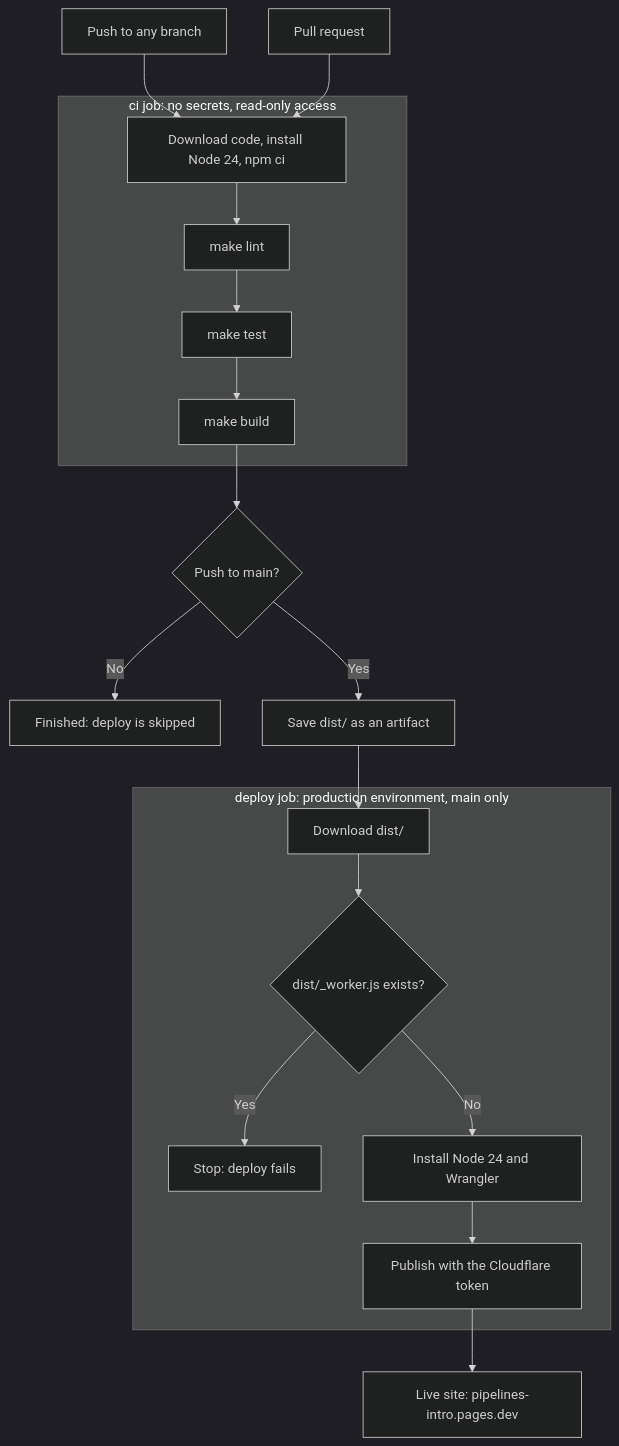
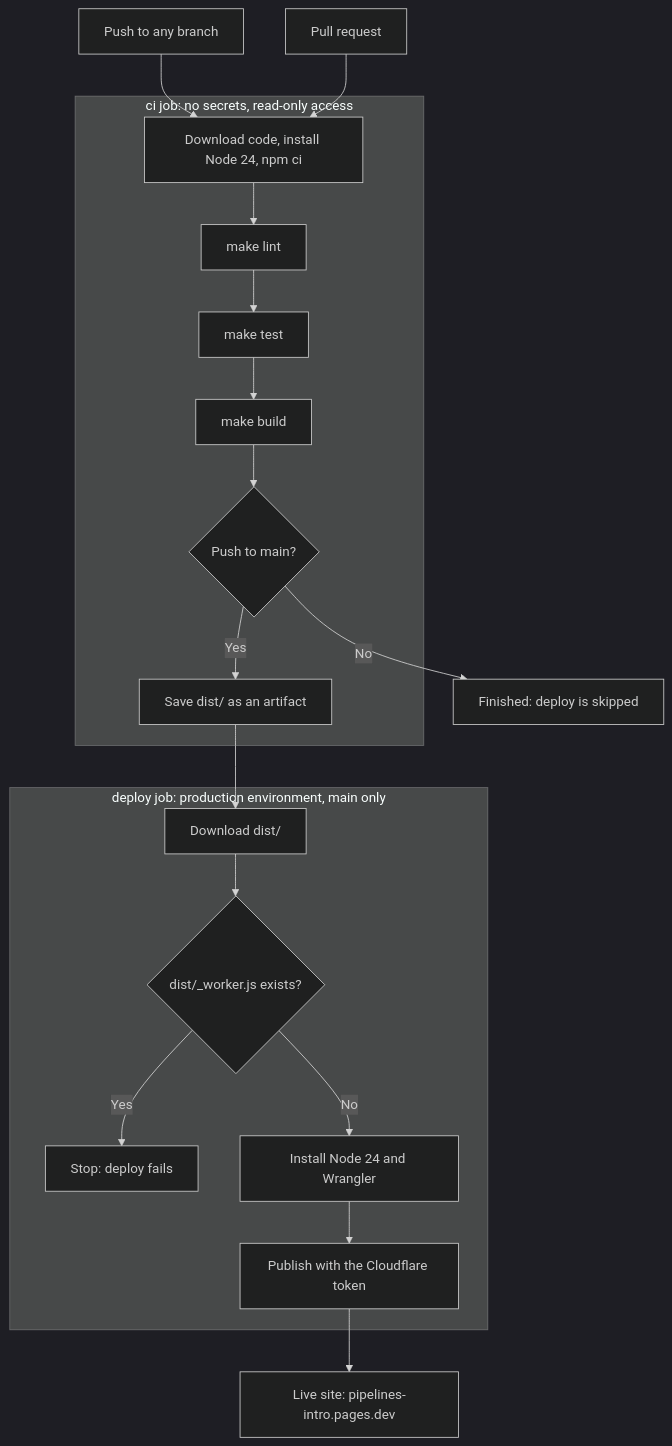
One commit to bytheedgeuk/pipelines-intro changed the diagram in docs/pipeline.md. Above: the diagram before and after it, drawn with Mermaid (dark theme).

Commit message:
Show the artifact step inside the ci job on the diagram
Claude-Session: https://claude.ai/code/session_01UdAkjVkNeurNXYfc2ttCbg

````diff
--- a/docs/pipeline.md
+++ b/docs/pipeline.md
@@ -5,25 +5,25 @@
 ```mermaid
 flowchart TD
     push["Push to any branch"] --> ci
     pr["Pull request"] --> ci
 
     subgraph ciJob["ci job: no secrets, read-only access"]
         ci["Download code, install Node 24, npm ci"] --> lint["make lint"]
         lint --> test["make test"]
         test --> build["make build"]
+        build --> isMain{"Push to main?"}
+        isMain -- "Yes" --> save["Save dist/ as an artifact"]
     end
 
-    build --> isMain{"Push to main?"}
     isMain -- "No" --> stop["Finished: deploy is skipped"]
-    isMain -- "Yes" --> save["Save dist/ as an artifact"]
     save --> download
 
     subgraph deployJob["deploy job: production environment, main only"]
         download["Download dist/"] --> guard{"dist/_worker.js exists?"}
         guard -- "Yes" --> refuse["Stop: deploy fails"]
         guard -- "No" --> wrangler["Install Node 24 and Wrangler"]
         wrangler --> publish["Publish with the Cloudflare token"]
     end
 
     publish --> live["Live site: pipelines-intro.pages.dev"]
 ```
````
